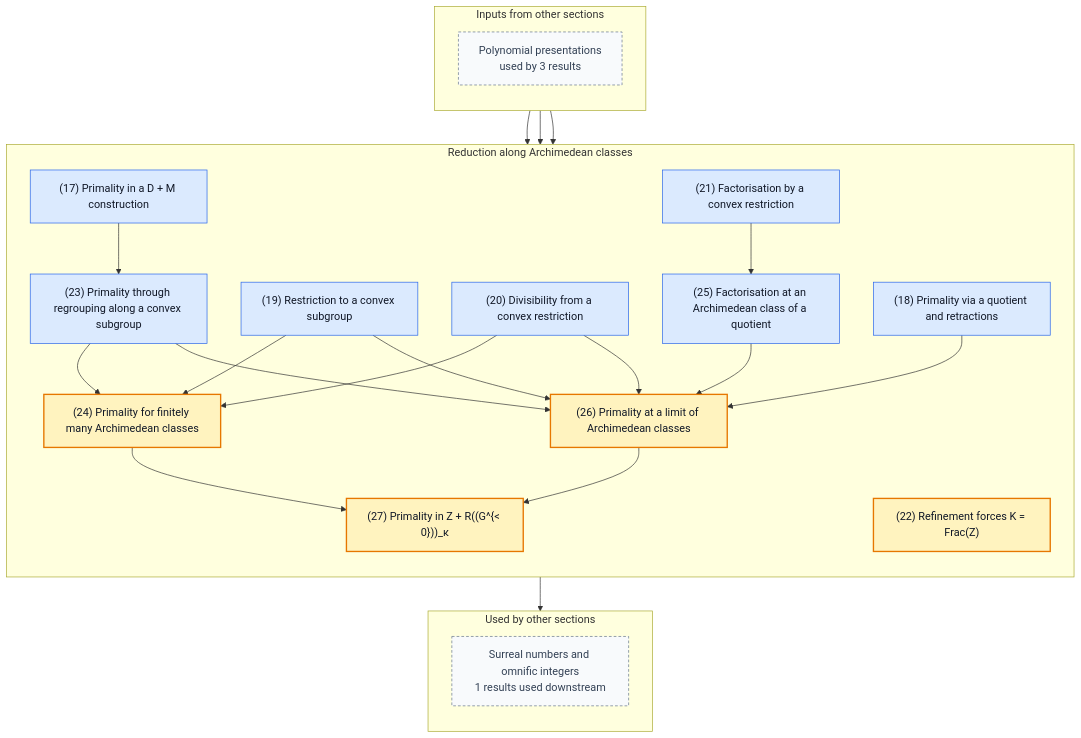
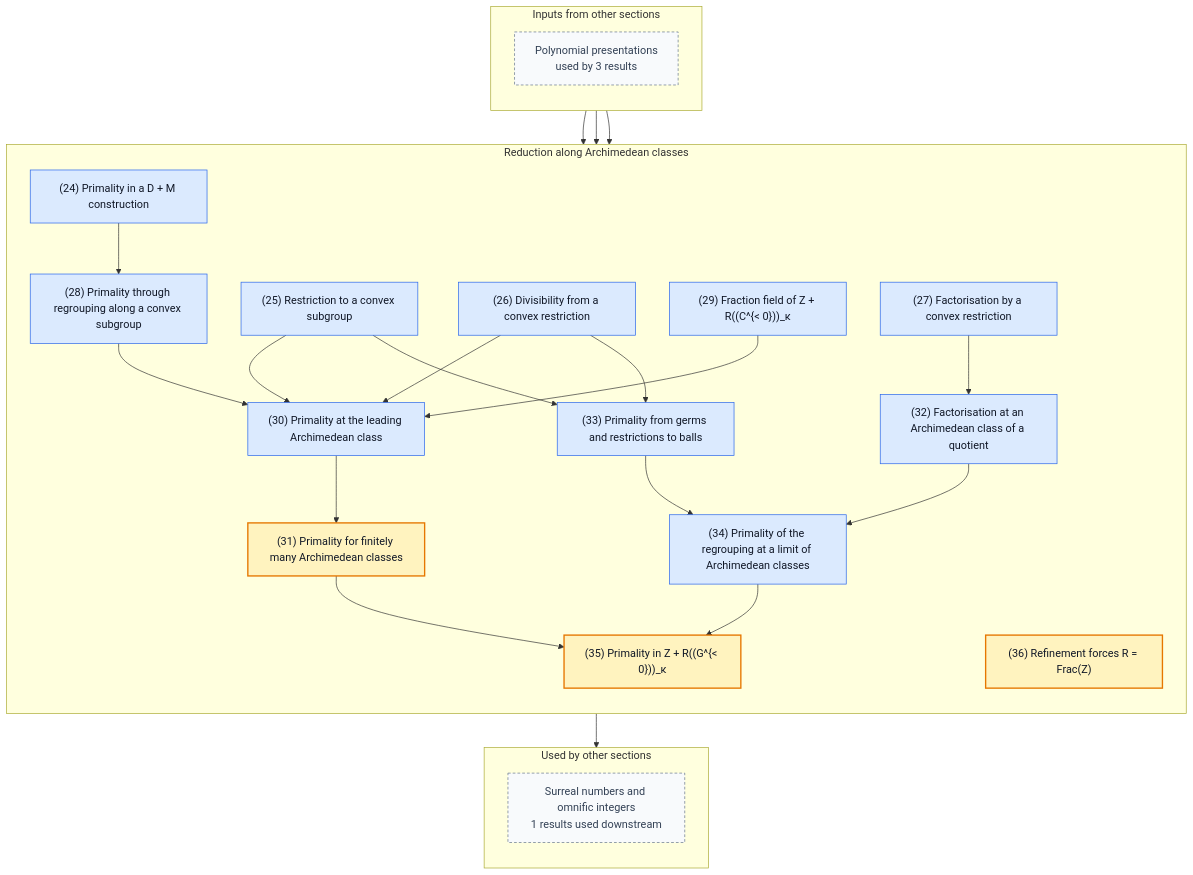
Before and after one commit to gaearon/conway-refinement: the fourth of 5 diagrams in README.md, drawn with Mermaid. The commit also changed other lines of this file and 37 other files, not shown here.

````diff
--- a/README.md
+++ b/README.md
@@ -308,64 +335,69 @@
 ```mermaid
 %% Generated by scripts/blueprint.sh; do not edit.
 %% Other sections are compressed to boundary nodes.
 %% Solid arrows are proof dependencies; dashed arrows are statement dependencies.
 flowchart TB
   subgraph inputs["Inputs from other sections"]
     direction TB
     in0["Polynomial presentations<br/>used by 3 results"]:::boundary
   end
   subgraph current["Reduction along Archimedean classes"]
     direction TB
-    n017["(17) Primality in a D + M construction"]:::lemma
-    n018["(18) Primality via a quotient and retractions"]:::lemma
-    n019["(19) Restriction to a convex subgroup"]:::lemma
-    n020["(20) Divisibility from a convex restriction"]:::lemma
-    n021["(21) Factorisation by a convex restriction"]:::lemma
-    n022["(22) Refinement forces K = Frac(Z)"]:::theorem
-    n023["(23) Primality through regrouping along a convex subgroup"]:::lemma
-    n024["(24) Primality for finitely many Archimedean classes"]:::theorem
-    n025["(25) Factorisation at an Archimedean class of a quotient"]:::lemma
-    n026["(26) Primality at a limit of Archimedean classes"]:::theorem
-    n027["(27) Primality in Z + R((G^{&lt; 0}))_κ"]:::theorem
+    n024["(24) Primality in a D + M construction"]:::lemma
+    n025["(25) Restriction to a convex subgroup"]:::lemma
+    n026["(26) Divisibility from a convex restriction"]:::lemma
+    n027["(27) Factorisation by a convex restriction"]:::lemma
+    n028["(28) Primality through regrouping along a convex subgroup"]:::lemma
+    n029["(29) Fraction field of Z + R((C^{&lt; 0}))_κ"]:::lemma
+    n030["(30) Primality at the leading Archimedean class"]:::lemma
+    n031["(31) Primality for finitely many Archimedean classes"]:::theorem
+    n032["(32) Factorisation at an Archimedean class of a quotient"]:::lemma
+    n033["(33) Primality from germs and restrictions to balls"]:::lemma
+    n034["(34) Primality of the regrouping at a limit of Archimedean classes"]:::lemma
+    n035["(35) Primality in Z + R((G^{&lt; 0}))_κ"]:::theorem
+    n036["(36) Refinement forces R = Frac(Z)"]:::theorem
   end
   subgraph outputs["Used by other sections"]
     direction TB
     out0["Surreal numbers and omnific integers<br/>1 results used downstream"]:::boundary
   end
 
-  n017 --> n023
-  n019 --> n024
-  n020 --> n024
-  n023 --> n024
-  n021 --> n025
-  n018 --> n026
-  n019 --> n026
-  n020 --> n026
-  n023 --> n026
-  n025 --> n026
-  n024 --> n027
-  n026 --> n027
-  in0 --> n022
-  in0 --> n024
-  in0 --> n026
-  n027 --> out0
-  click n017 "https://gaearon.github.io/conway-refinement/#/result/primality-in-d-plus-m" "Open the statement for lemma 17"
-  click n018 "https://gaearon.github.io/conway-refinement/#/result/primality-from-germs-and-restrictions" "Open the statement for lemma 18"
-  click n019 "https://gaearon.github.io/conway-refinement/#/result/convex-restriction-ring-hom" "Open the statement for lemma 19"
-  click n020 "https://gaearon.github.io/conway-refinement/#/result/divisibility-from-convex-restriction" "Open the statement for lemma 20"
-  click n021 "https://gaearon.github.io/conway-refinement/#/result/factorisation-by-convex-restriction" "Open the statement for lemma 21"
-  click n022 "https://gaearon.github.io/conway-refinement/#/result/refinement-forces-coefficient-fraction-field" "Open the statement for theorem 22"
-  click n023 "https://gaearon.github.io/conway-refinement/#/result/primality-through-regrouping" "Open the statement for lemma 23"
-  click n024 "https://gaearon.github.io/conway-refinement/#/result/finite-support-classes-primality" "Open the statement for theorem 24"
-  click n025 "https://gaearon.github.io/conway-refinement/#/result/support-class-factorisation" "Open the statement for lemma 25"
-  click n026 "https://gaearon.github.io/conway-refinement/#/result/limit-tail-step" "Open the statement for theorem 26"
-  click n027 "https://gaearon.github.io/conway-refinement/#/result/hahn-integer-part-primality" "Open the statement for theorem 27"
+  n024 --> n028
+  n025 --> n030
+  n026 --> n030
+  n028 --> n030
+  n029 --> n030
+  n030 --> n031
+  n027 --> n032
+  n025 --> n033
+  n026 --> n033
+  n032 --> n034
+  n033 --> n034
+  n031 --> n035
+  n034 --> n035
+  in0 --> n030
+  in0 --> n033
+  in0 --> n036
+  n035 --> out0
+  click n024 "https://gaearon.github.io/conway-refinement/#/result/primality-in-d-plus-m" "Open the statement for lemma 24"
+  click n025 "https://gaearon.github.io/conway-refinement/#/result/convex-restriction-ring-hom" "Open the statement for lemma 25"
+  click n026 "https://gaearon.github.io/conway-refinement/#/result/divisibility-from-convex-restriction" "Open the statement for lemma 26"
+  click n027 "https://gaearon.github.io/conway-refinement/#/result/factorisation-by-convex-restriction" "Open the statement for lemma 27"
+  click n028 "https://gaearon.github.io/conway-refinement/#/result/primality-through-regrouping" "Open the statement for lemma 28"
+  click n029 "https://gaearon.github.io/conway-refinement/#/result/fraction-field-from-cofinality" "Open the statement for lemma 29"
+  click n030 "https://gaearon.github.io/conway-refinement/#/result/primality-at-leading-class" "Open the statement for lemma 30"
+  click n031 "https://gaearon.github.io/conway-refinement/#/result/finite-support-classes-primality" "Open the statement for theorem 31"
+  click n032 "https://gaearon.github.io/conway-refinement/#/result/support-class-factorisation" "Open the statement for lemma 32"
+  click n033 "https://gaearon.github.io/conway-refinement/#/result/primality-from-germs" "Open the statement for lemma 33"
+  click n034 "https://gaearon.github.io/conway-refinement/#/result/regrouped-primality-at-limit" "Open the statement for lemma 34"
+  click n035 "https://gaearon.github.io/conway-refinement/#/result/hahn-integer-part-primality" "Open the statement for theorem 35"
+  click n036 "https://gaearon.github.io/conway-refinement/#/result/refinement-forces-coefficient-fraction-field" "Open the statement for theorem 36"
 
   classDef theorem fill:#fff3bf,stroke:#e67700,stroke-width:2px,color:#111827
   classDef definition fill:#f3f4f6,stroke:#4b5563,color:#111827
   classDef lemma fill:#dbeafe,stroke:#2563eb,color:#111827
   classDef proposition fill:#ede9fe,stroke:#7c3aed,color:#111827
   classDef corollary fill:#dcfce7,stroke:#16a34a,color:#111827
   classDef fact fill:#fce7f3,stroke:#db2777,color:#111827
   classDef boundary fill:#f8fafc,stroke:#64748b,stroke-dasharray:4 3,color:#334155
 ```
````
